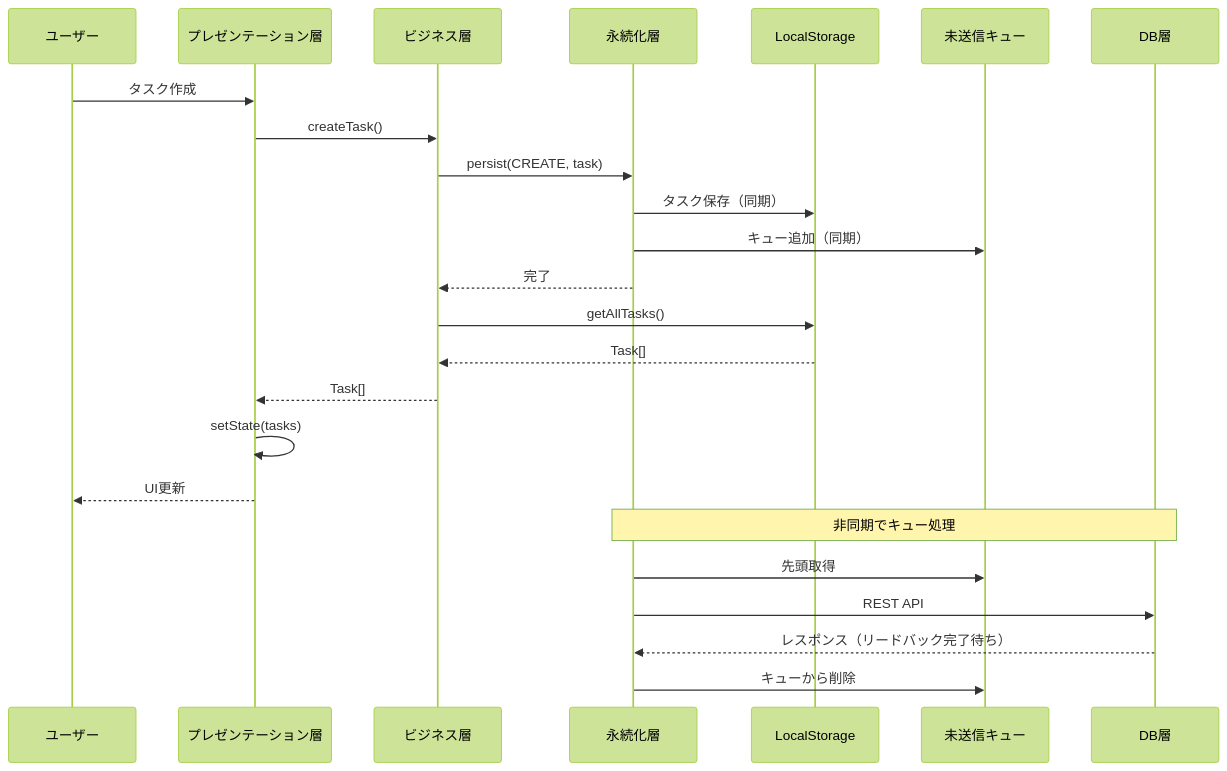
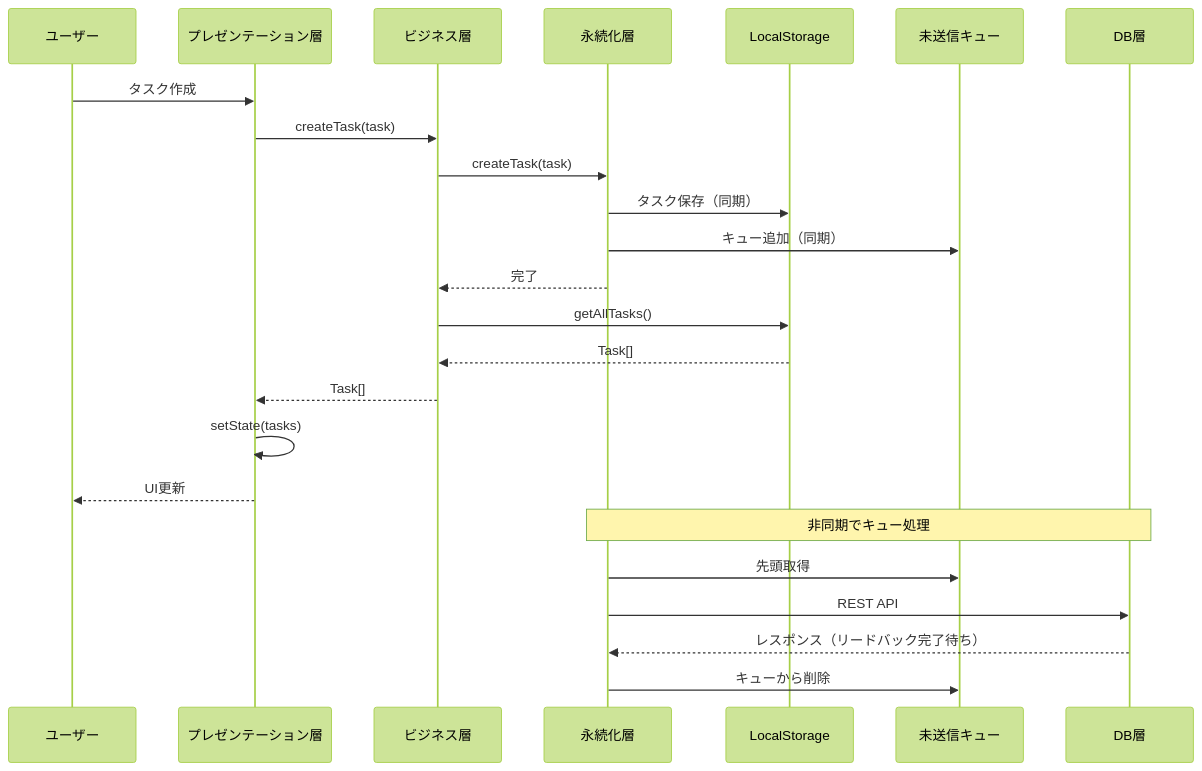
The third of 4 diagrams in doc/04_ARCHETECTURE.md (osawa-naotaka/vanishtodo), drawn with Mermaid (forest theme) before and after one commit. The commit also changed other lines of this file and 2 other files, not shown here.

````diff
--- a/doc/04_ARCHETECTURE.md
+++ b/doc/04_ARCHETECTURE.md
@@ -307,28 +325,28 @@
 ```mermaid
 sequenceDiagram
     participant User as ユーザー
     participant PL as プレゼンテーション層
     participant BL as ビジネス層
     participant SL as 永続化層
     participant LS as LocalStorage
     participant Q as 未送信キュー
     participant DB as DB層
 
     User->>PL: タスク作成
-    PL->>BL: createTask()
-    BL->>SL: persist(CREATE, task)
+    PL->>BL: createTask(task)
+    BL->>SL: createTask(task)
     SL->>LS: タスク保存（同期）
     SL->>Q: キュー追加（同期）
     SL-->>BL: 完了
     BL->>LS: getAllTasks()
     LS-->>BL: Task[]
     BL-->>PL: Task[]
     PL->>PL: setState(tasks)
     PL-->>User: UI更新
     
     Note over SL,DB: 非同期でキュー処理
     SL->>Q: 先頭取得
     SL->>DB: REST API
     DB-->>SL: レスポンス（リードバック完了待ち）
     SL->>Q: キューから削除
 ```
````
